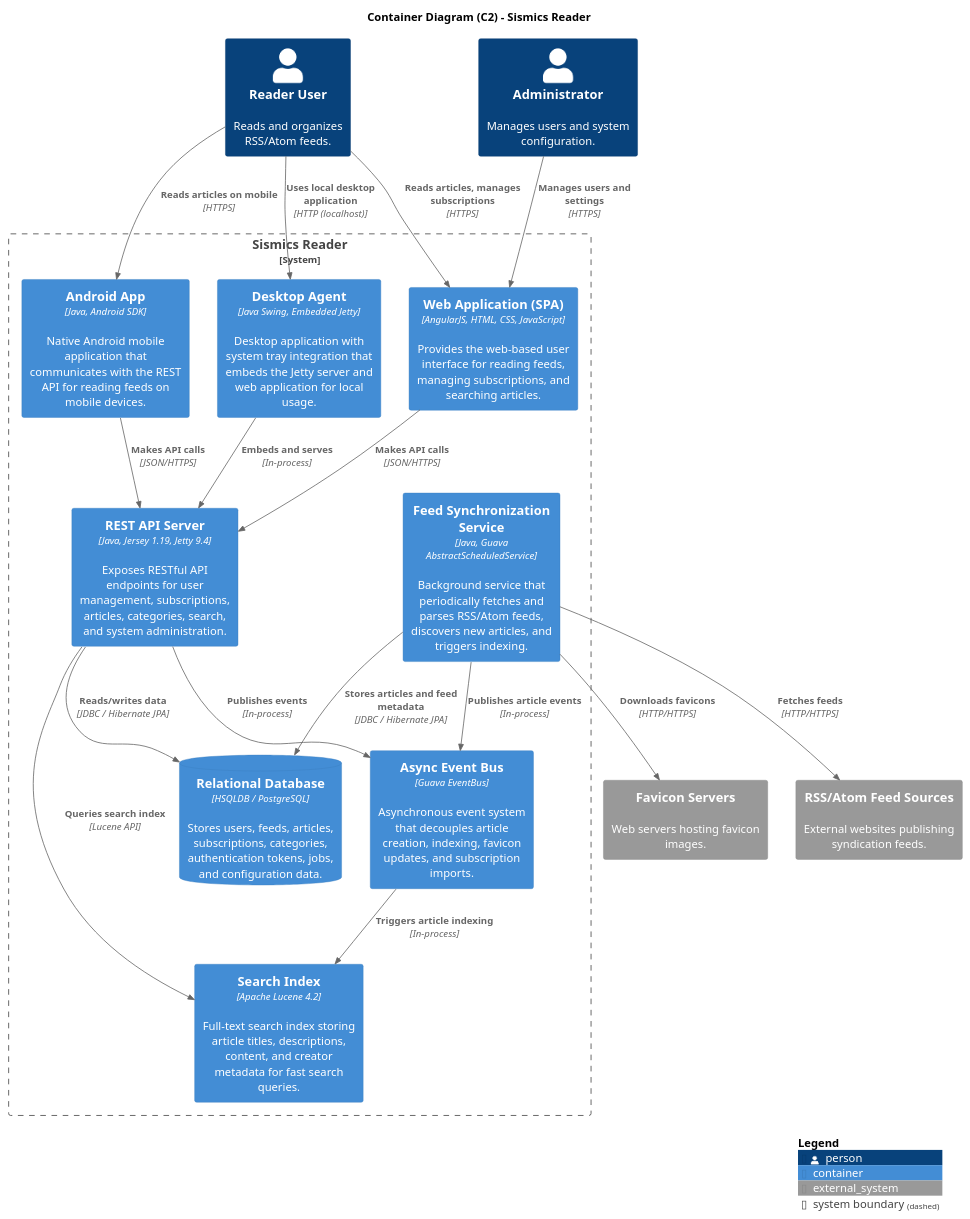
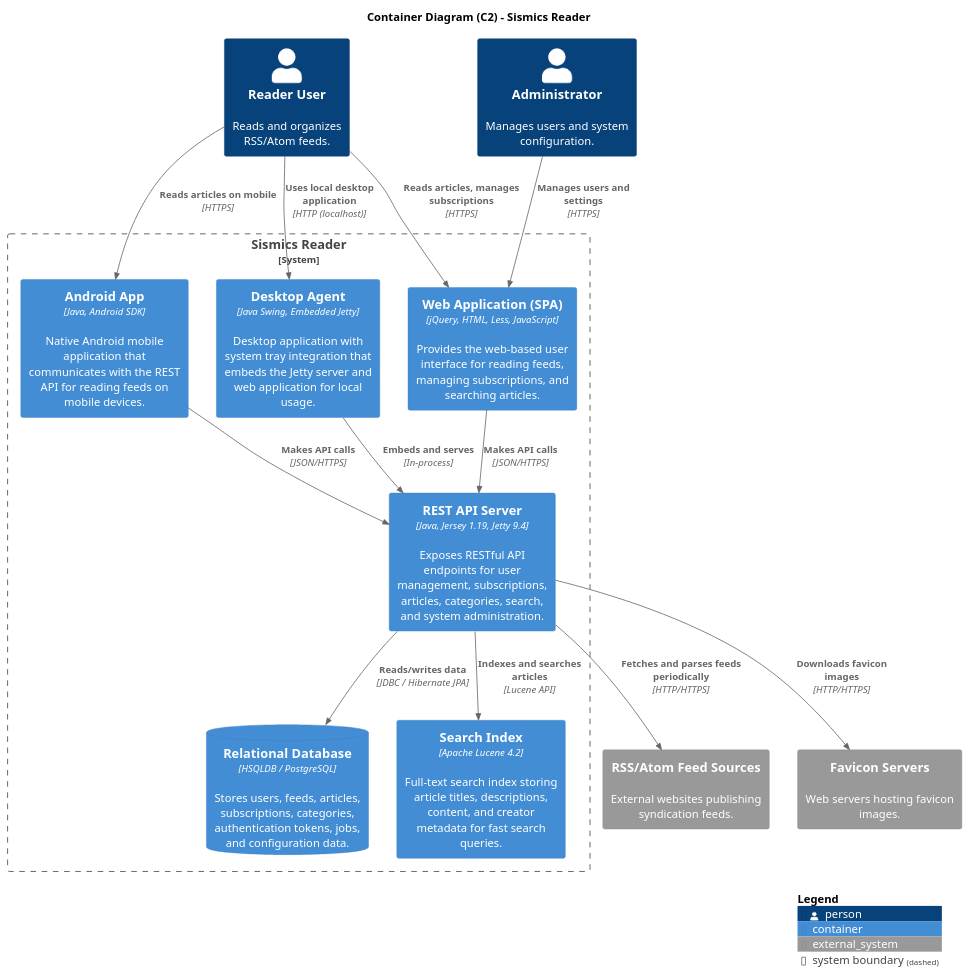
One commit to dhruv10050/reader changed the diagram in c2.puml. Above: the diagram before and after it, drawn with PlantUML. The commit also changed 8 other files, not shown here.

First line of the commit message:
Fix diagram and ADR mistakes: jQuery not AngularJS, remove non-container elements from C2, remove OPML from C1, correct Docker module status in ADR_6, regenerate PNGs, rebuild zip

```diff
--- a/c2.puml
+++ b/c2.puml
@@ -1,44 +1,36 @@
 @startuml C2_Container_Diagram
 !include <C4/C4_Container>
 
 title Container Diagram (C2) - Sismics Reader
 
 Person(user, "Reader User", "Reads and organizes RSS/Atom feeds.")
 Person(admin, "Administrator", "Manages users and system configuration.")
 
 System_Boundary(reader_system, "Sismics Reader") {
-    Container(web_ui, "Web Application (SPA)", "AngularJS, HTML, CSS, JavaScript", "Provides the web-based user interface for reading feeds, managing subscriptions, and searching articles.")
+    Container(web_ui, "Web Application (SPA)", "jQuery, HTML, Less, JavaScript", "Provides the web-based user interface for reading feeds, managing subscriptions, and searching articles.")
     Container(rest_api, "REST API Server", "Java, Jersey 1.19, Jetty 9.4", "Exposes RESTful API endpoints for user management, subscriptions, articles, categories, search, and system administration.")
     Container(android_app, "Android App", "Java, Android SDK", "Native Android mobile application that communicates with the REST API for reading feeds on mobile devices.")
     Container(desktop_agent, "Desktop Agent", "Java Swing, Embedded Jetty", "Desktop application with system tray integration that embeds the Jetty server and web application for local usage.")
     ContainerDb(database, "Relational Database", "HSQLDB / PostgreSQL", "Stores users, feeds, articles, subscriptions, categories, authentication tokens, jobs, and configuration data.")
     Container(lucene_index, "Search Index", "Apache Lucene 4.2", "Full-text search index storing article titles, descriptions, content, and creator metadata for fast search queries.")
-    Container(feed_sync_service, "Feed Synchronization Service", "Java, Guava AbstractScheduledService", "Background service that periodically fetches and parses RSS/Atom feeds, discovers new articles, and triggers indexing.")
-    Container(event_bus, "Async Event Bus", "Guava EventBus", "Asynchronous event system that decouples article creation, indexing, favicon updates, and subscription imports.")
 }
 
 System_Ext(rss_feeds, "RSS/Atom Feed Sources", "External websites publishing syndication feeds.")
 System_Ext(favicon_servers, "Favicon Servers", "Web servers hosting favicon images.")
 
 Rel(user, web_ui, "Reads articles, manages subscriptions", "HTTPS")
 Rel(admin, web_ui, "Manages users and settings", "HTTPS")
 Rel(user, android_app, "Reads articles on mobile", "HTTPS")
 Rel(user, desktop_agent, "Uses local desktop application", "HTTP (localhost)")
 
 Rel(web_ui, rest_api, "Makes API calls", "JSON/HTTPS")
 Rel(android_app, rest_api, "Makes API calls", "JSON/HTTPS")
 Rel(desktop_agent, rest_api, "Embeds and serves", "In-process")
 
 Rel(rest_api, database, "Reads/writes data", "JDBC / Hibernate JPA")
-Rel(rest_api, lucene_index, "Queries search index", "Lucene API")
-Rel(rest_api, event_bus, "Publishes events", "In-process")
-
-Rel(feed_sync_service, rss_feeds, "Fetches feeds", "HTTP/HTTPS")
-Rel(feed_sync_service, database, "Stores articles and feed metadata", "JDBC / Hibernate JPA")
-Rel(feed_sync_service, event_bus, "Publishes article events", "In-process")
-Rel(feed_sync_service, favicon_servers, "Downloads favicons", "HTTP/HTTPS")
-
-Rel(event_bus, lucene_index, "Triggers article indexing", "In-process")
+Rel(rest_api, lucene_index, "Indexes and searches articles", "Lucene API")
+Rel(rest_api, rss_feeds, "Fetches and parses feeds periodically", "HTTP/HTTPS")
+Rel(rest_api, favicon_servers, "Downloads favicon images", "HTTP/HTTPS")
 
 SHOW_LEGEND()
 @enduml
```
